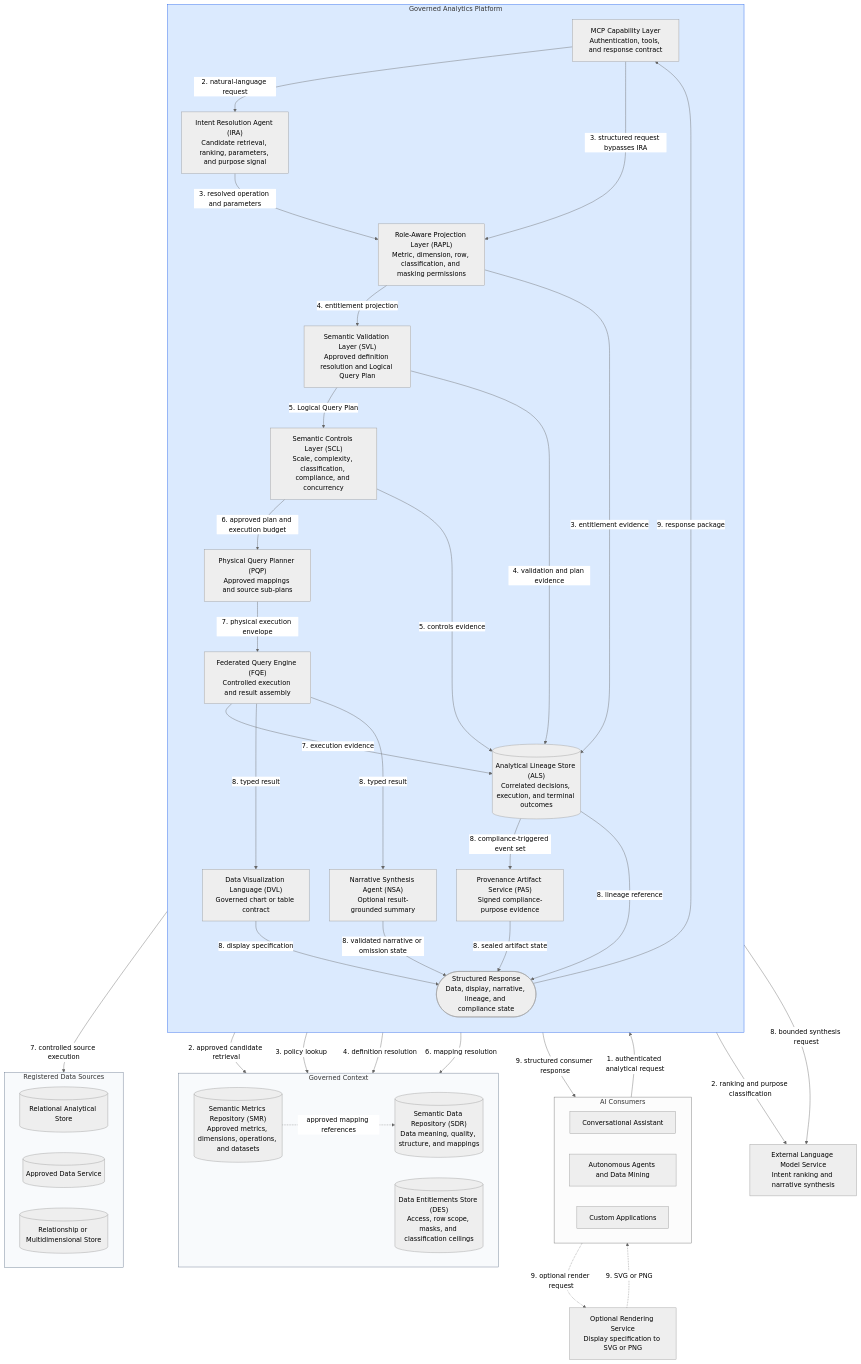
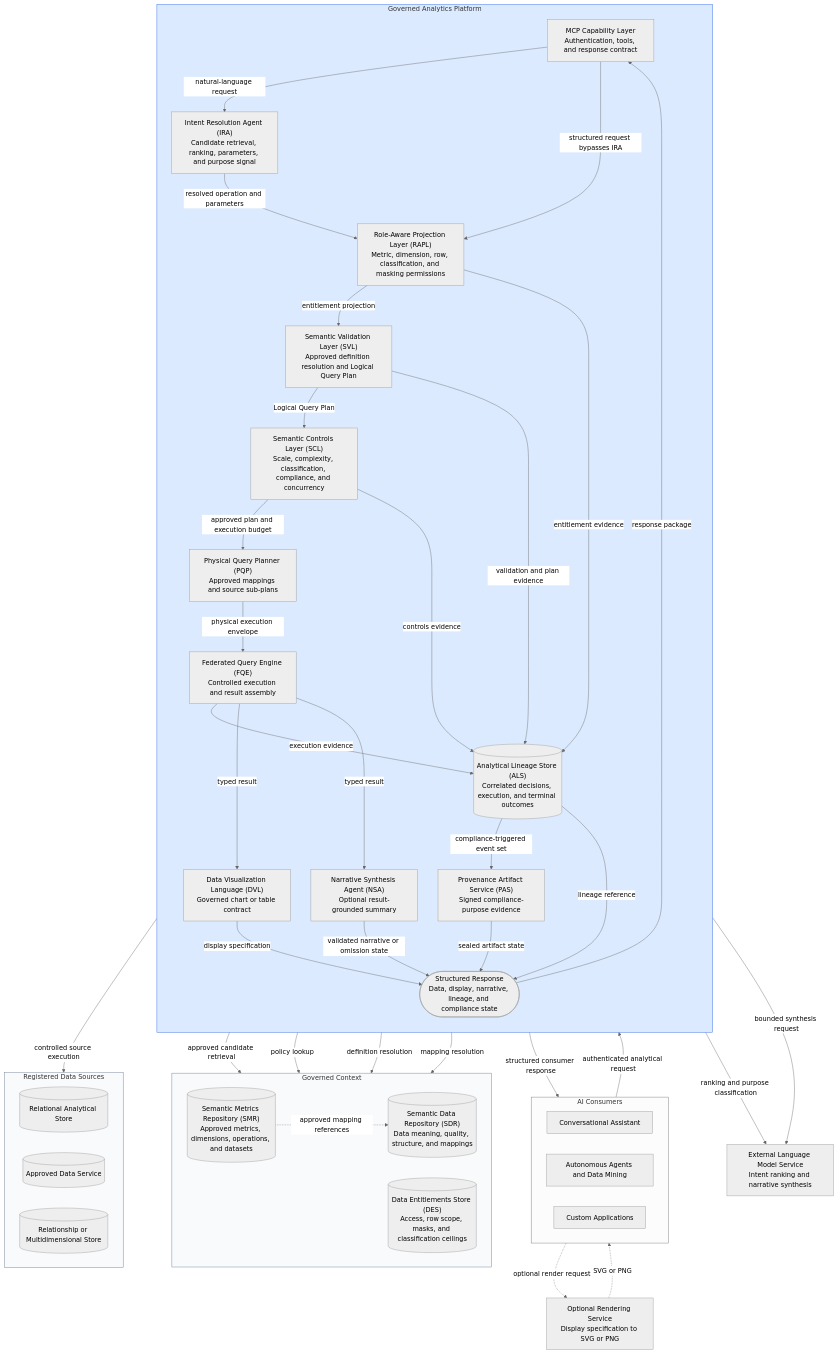
The diagram in docs/product/analytics/02-core-capabilities.md (M-A-Operating-System/shared-work), drawn with Mermaid (neutral theme) before and after one commit. The commit also changed other lines of this file, not shown here.

Commit message:
docs: associate flow contracts with components

````diff
--- a/docs/product/analytics/02-core-capabilities.md
+++ b/docs/product/analytics/02-core-capabilities.md
@@ -46,78 +46,78 @@
 ```mermaid
 flowchart TD
     subgraph Consumers["AI Consumers"]
         direction LR
         Chat["Conversational Assistant"]
         Agents["Autonomous Agents and Data Mining"]
         Apps["Custom Applications"]
     end
 
     subgraph Platform["Governed Analytics Platform"]
         direction TB
         MCP["MCP Capability Layer\nAuthentication, tools, and response contract"]
         IRA["Intent Resolution Agent (IRA)\nCandidate retrieval, ranking, parameters, and purpose signal"]
         RAPL["Role-Aware Projection Layer (RAPL)\nMetric, dimension, row, classification, and masking permissions"]
         SVL["Semantic Validation Layer (SVL)\nApproved definition resolution and Logical Query Plan"]
         SCL["Semantic Controls Layer (SCL)\nScale, complexity, classification, compliance, and concurrency"]
         PQP["Physical Query Planner (PQP)\nApproved mappings and source sub-plans"]
         FQE["Federated Query Engine (FQE)\nControlled execution and result assembly"]
         DVL["Data Visualization Language (DVL)\nGoverned chart or table contract"]
         NSA["Narrative Synthesis Agent (NSA)\nOptional result-grounded summary"]
         ALS[("Analytical Lineage Store (ALS)\nCorrelated decisions, execution, and terminal outcomes")]
         PAS["Provenance Artifact Service (PAS)\nSigned compliance-purpose evidence"]
         Response(["Structured Response\nData, display, narrative, lineage, and compliance state"])
     end
 
     subgraph Context["Governed Context"]
         direction LR
         SMR[("Semantic Metrics Repository (SMR)\nApproved metrics, dimensions, operations, and datasets")]
         SDR[("Semantic Data Repository (SDR)\nData meaning, quality, structure, and mappings")]
         DES[("Data Entitlements Store (DES)\nAccess, row scope, masks, and classification ceilings")]
         SMR -. "approved mapping references" .-> SDR
     end
 
     Model["External Language Model Service\nIntent ranking and narrative synthesis"]
     Renderer["Optional Rendering Service\nDisplay specification to SVG or PNG"]
 
     subgraph Sources["Registered Data Sources"]
         direction LR
         Relational[("Relational Analytical Store")]
         DataAPI[("Approved Data Service")]
         Specialized[("Relationship or Multidimensional Store")]
     end
 
-    Consumers -->|"1. authenticated analytical request"| MCP
-    MCP -->|"2. natural-language request"| IRA
-    MCP -->|"3. structured request bypasses IRA"| RAPL
-    IRA -->|"2. approved candidate retrieval"| SMR
-    IRA -->|"2. ranking and purpose classification"| Model
-    IRA -->|"3. resolved operation and parameters"| RAPL
-    RAPL -->|"3. policy lookup"| DES
-    RAPL -->|"4. entitlement projection"| SVL
-    RAPL -->|"3. entitlement evidence"| ALS
-    SVL -->|"4. definition resolution"| SMR
-    SVL -->|"5. Logical Query Plan"| SCL
-    SVL -->|"4. validation and plan evidence"| ALS
-    SCL -->|"6. approved plan and execution budget"| PQP
-    SCL -->|"5. controls evidence"| ALS
-    PQP -->|"6. mapping resolution"| SMR
-    PQP -->|"7. physical execution envelope"| FQE
-    FQE -->|"7. controlled source execution"| Sources
-    FQE -->|"7. execution evidence"| ALS
-    FQE -->|"8. typed result"| DVL
-    FQE -->|"8. typed result"| NSA
-    NSA -->|"8. bounded synthesis request"| Model
-    ALS -->|"8. compliance-triggered event set"| PAS
-    DVL -->|"8. display specification"| Response
-    NSA -->|"8. validated narrative or omission state"| Response
-    ALS -->|"8. lineage reference"| Response
-    PAS -->|"8. sealed artifact state"| Response
-    Response -->|"9. response package"| MCP
-    MCP -->|"9. structured consumer response"| Consumers
-    Consumers -. "9. optional render request" .-> Renderer
-    Renderer -. "9. SVG or PNG" .-> Consumers
+    Consumers -->|"authenticated analytical request"| MCP
+    MCP -->|"natural-language request"| IRA
+    MCP -->|"structured request bypasses IRA"| RAPL
+    IRA -->|"approved candidate retrieval"| SMR
+    IRA -->|"ranking and purpose classification"| Model
+    IRA -->|"resolved operation and parameters"| RAPL
+    RAPL -->|"policy lookup"| DES
+    RAPL -->|"entitlement projection"| SVL
+    RAPL -->|"entitlement evidence"| ALS
+    SVL -->|"definition resolution"| SMR
+    SVL -->|"Logical Query Plan"| SCL
+    SVL -->|"validation and plan evidence"| ALS
+    SCL -->|"approved plan and execution budget"| PQP
+    SCL -->|"controls evidence"| ALS
+    PQP -->|"mapping resolution"| SMR
+    PQP -->|"physical execution envelope"| FQE
+    FQE -->|"controlled source execution"| Sources
+    FQE -->|"execution evidence"| ALS
+    FQE -->|"typed result"| DVL
+    FQE -->|"typed result"| NSA
+    NSA -->|"bounded synthesis request"| Model
+    ALS -->|"compliance-triggered event set"| PAS
+    DVL -->|"display specification"| Response
+    NSA -->|"validated narrative or omission state"| Response
+    ALS -->|"lineage reference"| Response
+    PAS -->|"sealed artifact state"| Response
+    Response -->|"response package"| MCP
+    MCP -->|"structured consumer response"| Consumers
+    Consumers -. "optional render request" .-> Renderer
+    Renderer -. "SVG or PNG" .-> Consumers
 
     style Platform fill:#dbeafe,stroke:#2563eb
     style Context fill:#f8fafc,stroke:#64748b
     style Sources fill:#f8fafc,stroke:#64748b
 ```
````
